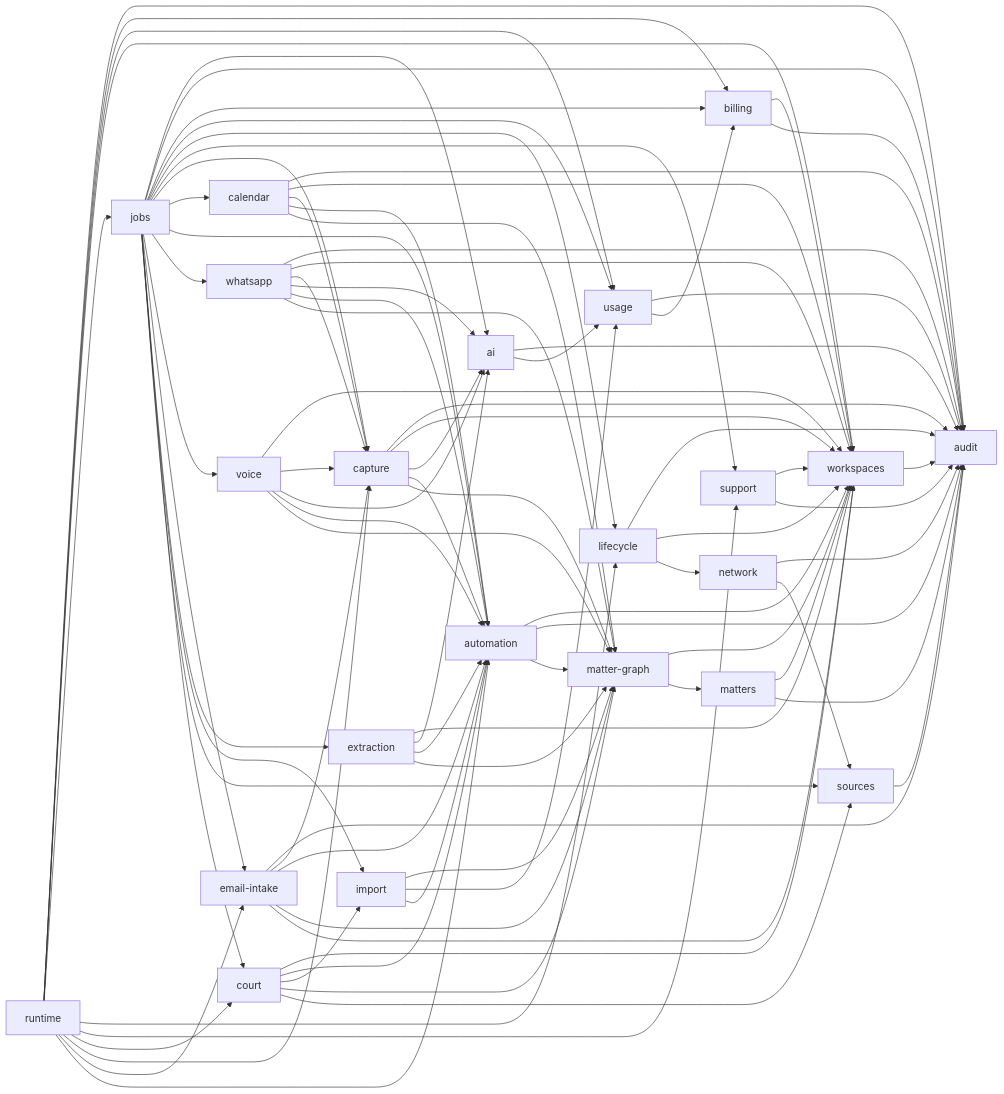
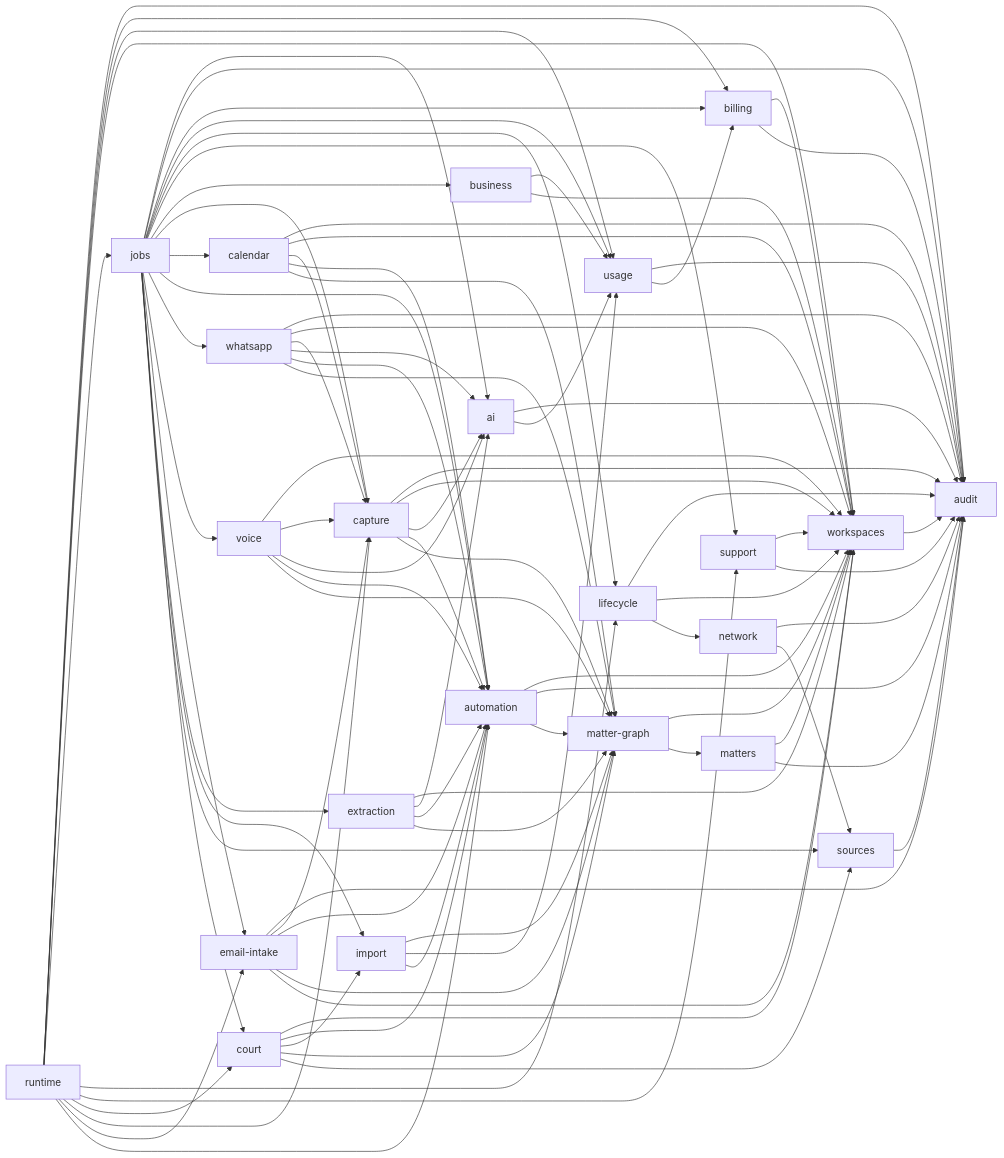
The diagram in docs/engineering/core-domains.md (RapierCraftStudios/causedeck), drawn with Mermaid before and after one commit. The commit also changed other lines of this file and 21 other files, not shown here.

```diff
--- a/docs/engineering/core-domains.md
+++ b/docs/engineering/core-domains.md
@@ -98,6 +99,8 @@
   network --> sources
   support --> workspaces
   support --> audit
+  business --> usage
+  business --> workspaces
   capture --> audit
   capture --> workspaces
   capture --> ai
@@ -114,6 +117,7 @@
   jobs --> usage
   jobs --> lifecycle
   jobs --> support
+  jobs --> business
   jobs --> capture
   jobs --> calendar
   jobs --> automation
```
